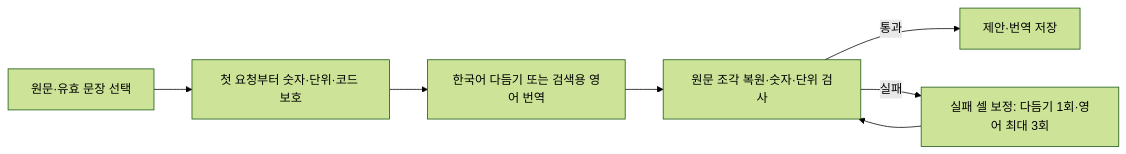
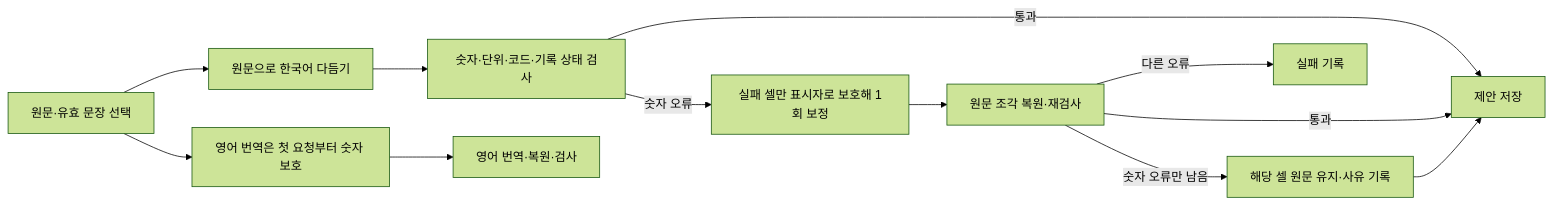
Before and after one commit to pmh10401/cs-excel-rag: the fifth of 6 diagrams in README.md, drawn with Mermaid (forest theme). The commit also changed other lines of this file and 7 other files, not shown here.

````diff
--- a/README.md
+++ b/README.md
@@ -309,9 +315,14 @@
 ```mermaid
 flowchart LR
-    RAW[원문·유효 문장 선택] --> PROTECT[첫 요청부터 숫자·단위·코드 보호]
-    PROTECT --> LLM[한국어 다듬기 또는 검색용 영어 번역]
-    LLM --> RESTORE[원문 조각 복원·숫자·단위 검사]
-    RESTORE -->|통과| SAVE[제안·번역 저장]
-    RESTORE -->|실패| RETRY[실패 셀 보정: 다듬기 1회·영어 최대 3회]
-    RETRY --> RESTORE
+    RAW[원문·유효 문장 선택] --> LLM[원문으로 한국어 다듬기]
+    LLM --> CHECK[숫자·단위·코드·기록 상태 검사]
+    CHECK -->|통과| SAVE[제안 저장]
+    CHECK -->|숫자 오류| RETRY[실패 셀만 표시자로 보호해 1회 보정]
+    RETRY --> RESTORE[원문 조각 복원·재검사]
+    RESTORE -->|통과| SAVE
+    RESTORE -->|숫자 오류만 남음| KEEP[해당 셀 원문 유지·사유 기록]
+    KEEP --> SAVE
+    RESTORE -->|다른 오류| FAIL[실패 기록]
+    RAW --> PROTECT[영어 번역은 첫 요청부터 숫자 보호]
+    PROTECT --> EN[영어 번역·복원·검사]
 ```
````
